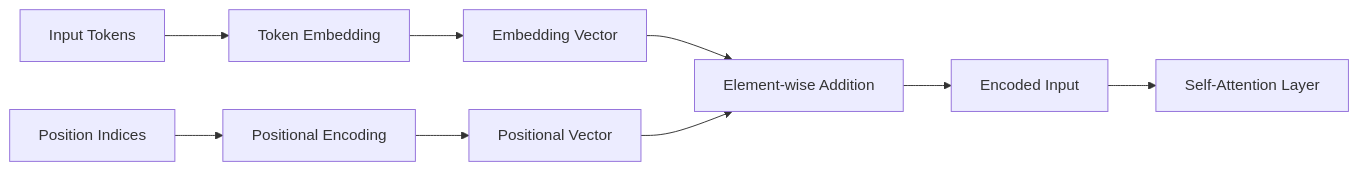
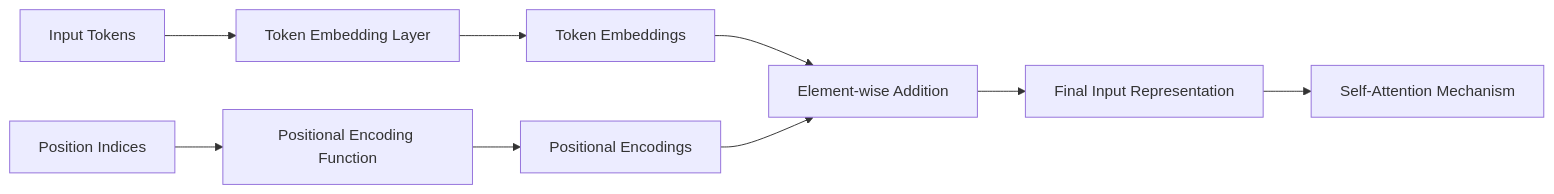
Before and after one commit to TornikeTchabukiani/aimlFin2026_t_tchabukiani25: the second of 2 diagrams in Task2/transformer.md, drawn with Mermaid. The commit also changed other lines of this file, not shown here.

````diff
--- a/Task2/transformer.md
+++ b/Task2/transformer.md
@@ -158,11 +162,11 @@
 ```mermaid
-graph LR
-    A[Input Tokens] --> B[Token Embedding]
-    B --> C[Embedding Vector]
-    D[Position Indices] --> E[Positional Encoding]
-    E --> F[Positional Vector]
+flowchart LR
+    A[Input Tokens] --> B[Token Embedding Layer]
+    B --> C[Token Embeddings]
+    D[Position Indices] --> E[Positional Encoding Function]
+    E --> F[Positional Encodings]
     C --> G[Element-wise Addition]
     F --> G
-    G --> H[Encoded Input]
-    H --> I[Self-Attention Layer]
+    G --> H[Final Input Representation]
+    H --> I[Self-Attention Mechanism]
 ```
````
